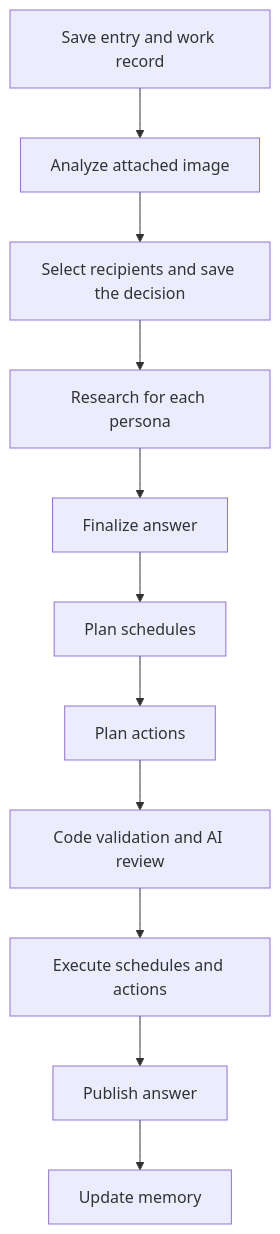
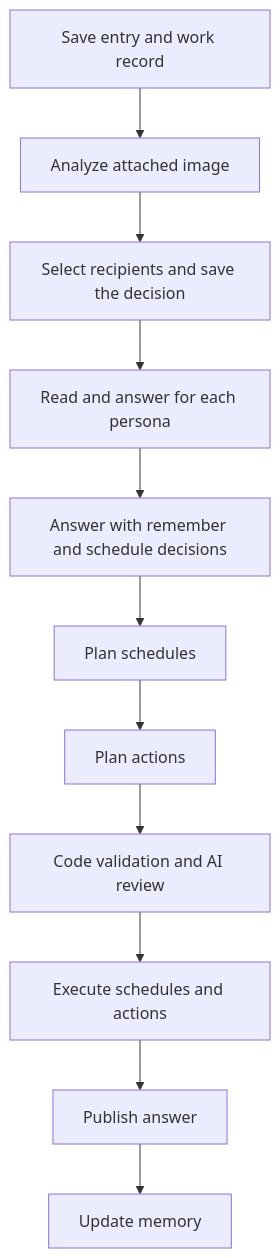
The diagram in docs/technical.md (takeshy/kakeratta), drawn with Mermaid before and after one commit. The commit also changed other lines of this file and 12 other files, not shown here.

First line of the commit message:
docs: bring the guides in line with the current turn and daily flow

````diff
--- a/docs/technical.md
+++ b/docs/technical.md
@@ -327,13 +347,13 @@
 ```mermaid
 flowchart TD
   A[Save entry and work record] --> B[Analyze attached image]
   B --> C[Select recipients and save the decision]
-  C --> D[Research for each persona]
-  D --> E[Finalize answer]
+  C --> D[Read and answer for each persona]
+  D --> E[Answer with remember and schedule decisions]
   E --> F[Plan schedules]
   F --> G[Plan actions]
   G --> H[Code validation and AI review]
   H --> I[Execute schedules and actions]
   I --> J[Publish answer]
   J --> K[Update memory]
 ```
````
